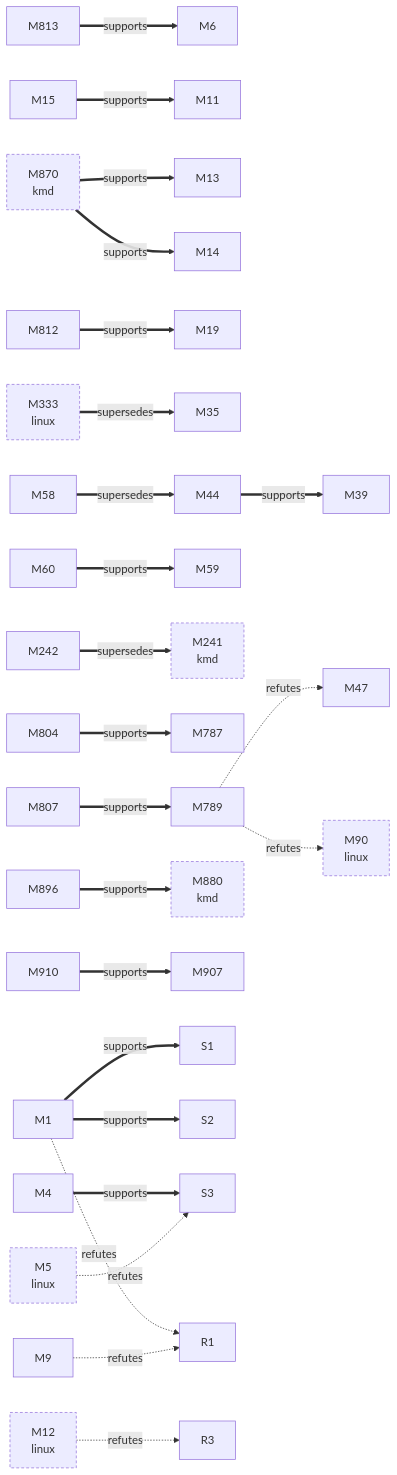
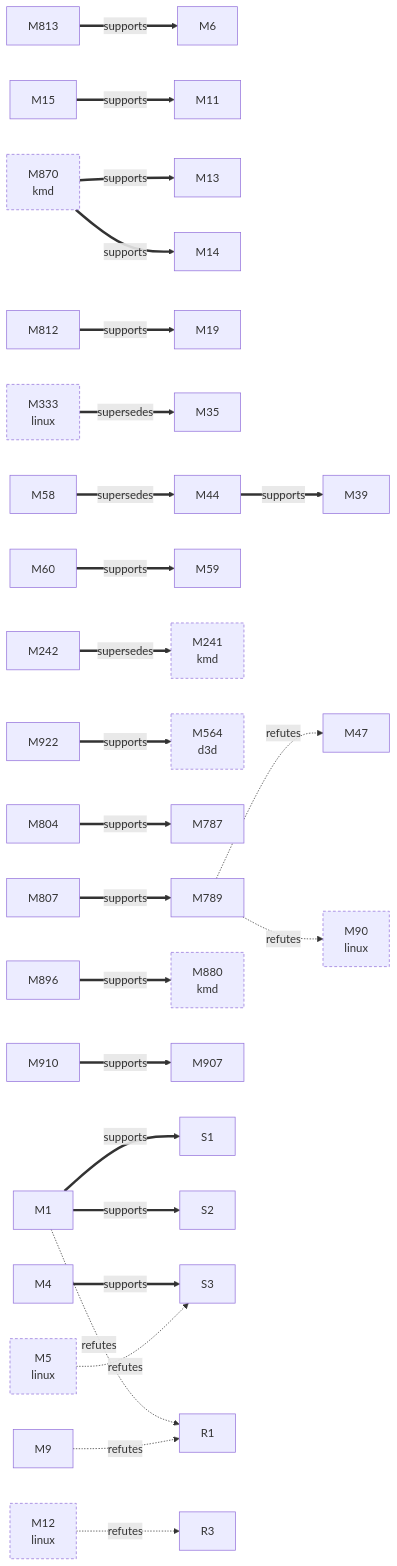
Before and after one commit to D-Ogi/amdgpu-wddm: the first of 3 diagrams in docs/facts/graphs/hardware.md, drawn with Mermaid. The commit also changed 138 other files, not shown here.

````diff
--- a/docs/facts/graphs/hardware.md
+++ b/docs/facts/graphs/hardware.md
@@ -9,66 +9,69 @@
 ```mermaid
 flowchart LR
   M1["M1"]
   M4["M4"]
   M5["M5<br/>linux"]
   M6["M6"]
   M9["M9"]
   M11["M11"]
   M12["M12<br/>linux"]
   M13["M13"]
   M14["M14"]
   M15["M15"]
   M19["M19"]
   M35["M35"]
   M39["M39"]
   M44["M44"]
   M47["M47"]
   M58["M58"]
   M59["M59"]
   M60["M60"]
   M90["M90<br/>linux"]
   M241["M241<br/>kmd"]
   M242["M242"]
   M333["M333<br/>linux"]
+  M564["M564<br/>d3d"]
   M787["M787"]
   M789["M789"]
   M804["M804"]
   M807["M807"]
   M812["M812"]
   M813["M813"]
   M870["M870<br/>kmd"]
   M880["M880<br/>kmd"]
   M896["M896"]
   M907["M907"]
   M910["M910"]
+  M922["M922"]
   S1["S1"]
   S2["S2"]
   S3["S3"]
   R1["R1"]
   R3["R3"]
   M1 ==>|supports| S1
   M1 ==>|supports| S2
   M1 -.->|refutes| R1
   M4 ==>|supports| S3
   M9 -.->|refutes| R1
   M15 ==>|supports| M11
   M44 ==>|supports| M39
   M58 ==>|supersedes| M44
   M60 ==>|supports| M59
   M242 ==>|supersedes| M241
   M789 -.->|refutes| M47
   M789 -.->|refutes| M90
   M804 ==>|supports| M787
   M807 ==>|supports| M789
   M812 ==>|supports| M19
   M813 ==>|supports| M6
   M896 ==>|supports| M880
   M910 ==>|supports| M907
+  M922 ==>|supports| M564
   M870 ==>|supports| M13
   M870 ==>|supports| M14
   M5 -.->|refutes| S3
   M12 -.->|refutes| R3
   M333 ==>|supersedes| M35
   classDef other stroke-dasharray:4 3
-  class M5,M12,M90,M241,M333,M870,M880 other
+  class M5,M12,M90,M241,M333,M564,M870,M880 other
 ```
````
